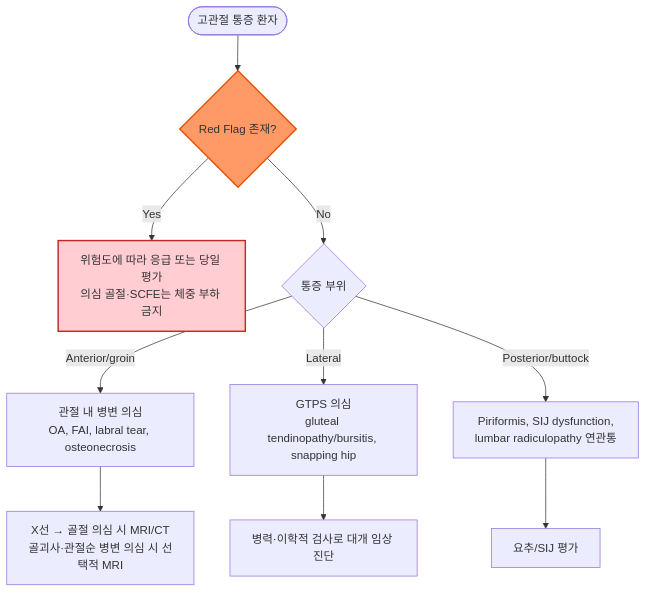
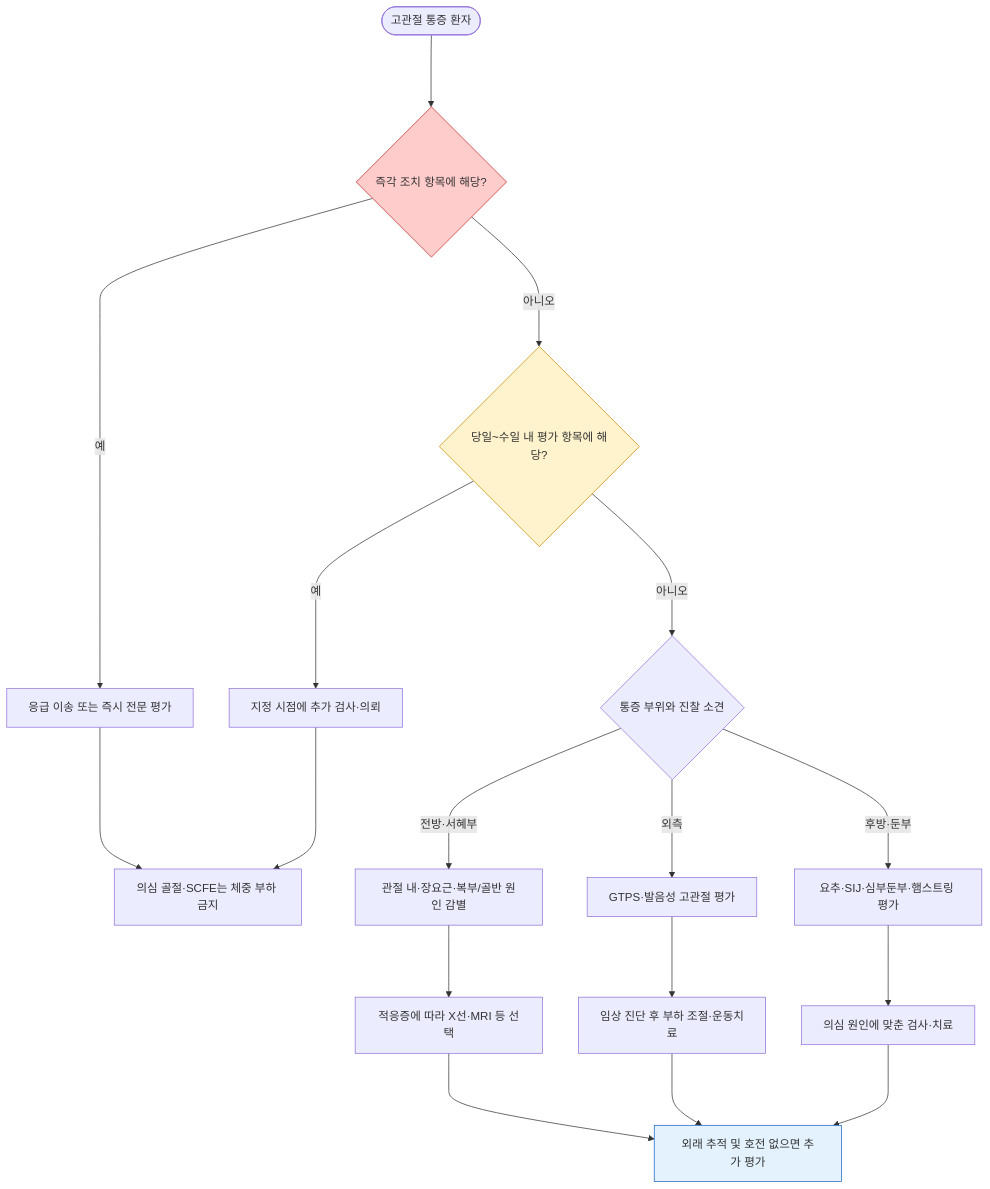
One commit to familyoh77/familyoh77 changed the diagram in 228_/143_-hip-pain.md. Above: the diagram before and after it, drawn with Mermaid. The commit also changed other lines of this file and 5 other files, not shown here.

````diff
--- a/228_/143_-hip-pain.md
+++ b/228_/143_-hip-pain.md
@@ -215,14 +240,22 @@
 ```mermaid
 graph TD
-    Start([고관절 통증 환자]) --> RF{Red Flag 존재?}
-    RF -->|Yes| ER[위험도에 따라 응급 또는 당일 평가<br/>의심 골절·SCFE는 체중 부하 금지]
-    RF -->|No| Loc{통증 부위}
-    Loc -->|Anterior/groin| Ant[관절 내 병변 의심<br/>OA, FAI, labral tear, osteonecrosis]
-    Loc -->|Lateral| Lat[GTPS 의심<br/>gluteal tendinopathy/bursitis, snapping hip]
-    Loc -->|Posterior/buttock| Post[Piriformis, SIJ dysfunction,<br/>lumbar radiculopathy 연관통]
-    Ant --> Img1[X선 → 골절 의심 시 MRI/CT<br/>골괴사·관절순 병변 의심 시 선택적 MRI]
-    Lat --> PE1[병력·이학적 검사로 대개 임상 진단]
-    Post --> Img2[요추/SIJ 평가]
-    style RF fill:#f96,stroke:#e65100,stroke-width:2px
-    style ER fill:#ffcdd2,stroke:#c62828,stroke-width:2px
+    Start(["고관절 통증 환자"]) ---> Emer{"즉각 조치 항목에 해당?"}
+    Emer --->|예| ER["응급 이송 또는 즉시 전문 평가"]
+    Emer --->|아니오| Urgent{"당일~수일 내 평가 항목에 해당?"}
+    Urgent --->|예| Eval["지정 시점에 추가 검사·의뢰"]
+    Urgent --->|아니오| Loc{"통증 부위와 진찰 소견"}
+    ER ---> Safe["의심 골절·SCFE는 체중 부하 금지"]
+    Eval ---> Safe
+    Loc --->|전방·서혜부| Ant["관절 내·장요근·복부/골반 원인 감별"]
+    Loc --->|외측| Lat["GTPS·발음성 고관절 평가"]
+    Loc --->|후방·둔부| Post["요추·SIJ·심부둔부·햄스트링 평가"]
+    Ant ---> Img["적응증에 따라 X선·MRI 등 선택"]
+    Lat ---> PE["임상 진단 후 부하 조절·운동치료"]
+    Post ---> Other["의심 원인에 맞춘 검사·치료"]
+    Img ---> Follow["외래 추적 및 호전 없으면 추가 평가"]
+    PE ---> Follow
+    Other ---> Follow
+    style Emer fill:#ffcccc,stroke:#c62828
+    style Urgent fill:#fff3cd,stroke:#c88b00
+    style Follow fill:#e3f2fd,stroke:#1565c0
 ```
````
